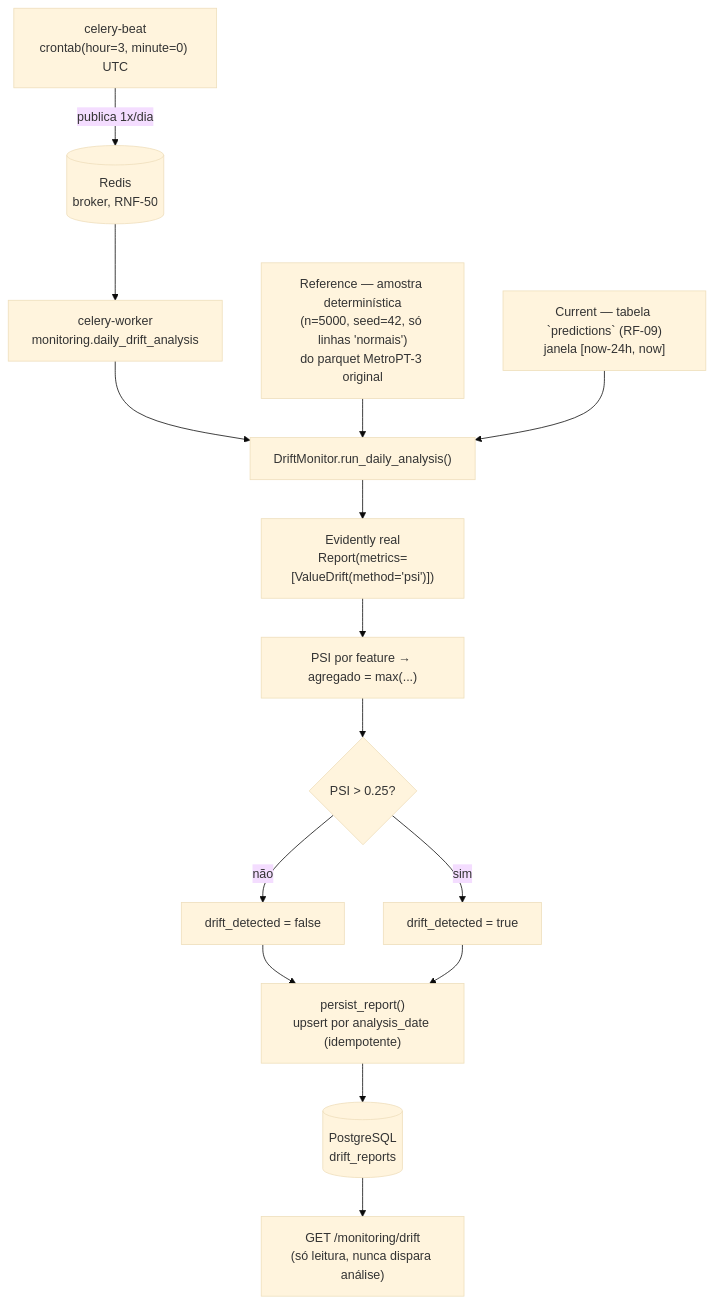
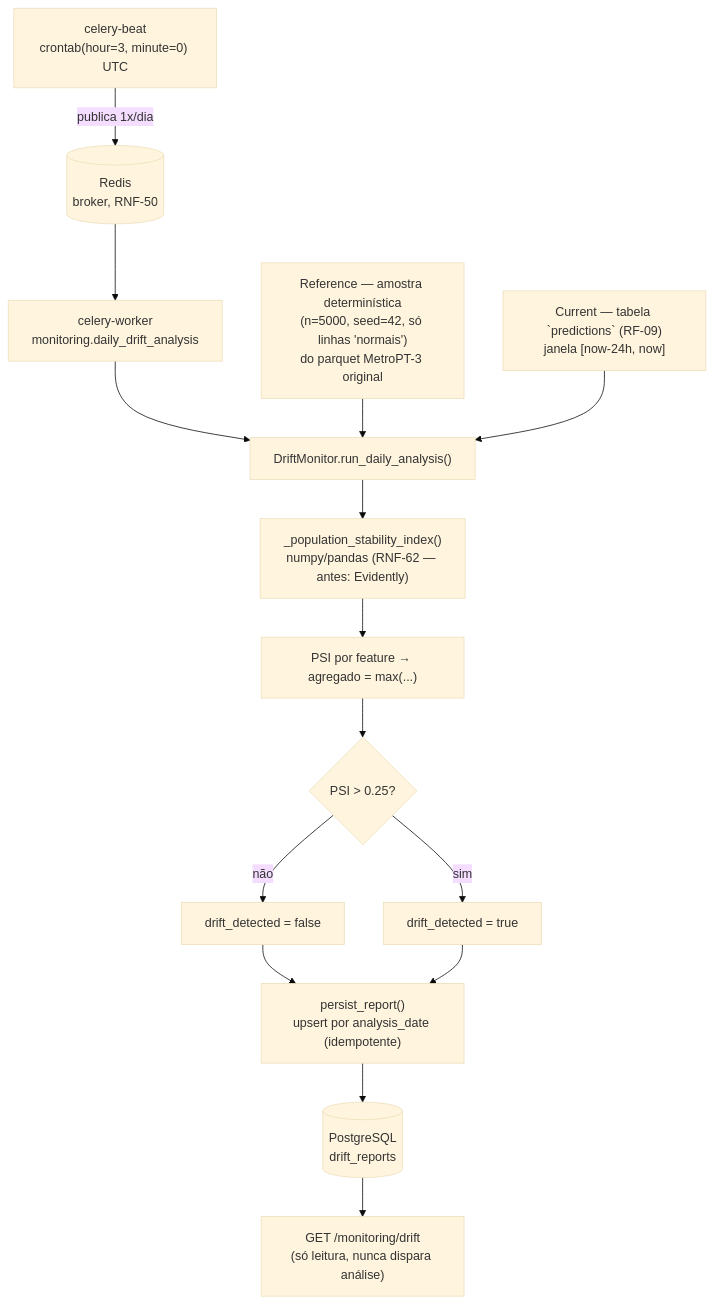
One commit to ronaldosimeone/tcc-project changed diagram 15 of 15 in README.md. Above: the diagram before and after it, drawn with Mermaid (base theme). The commit also changed other lines of this file and 31 other files, not shown here.

````diff
--- a/README.md
+++ b/README.md
@@ -1324,17 +1339,17 @@
 ```mermaid
 flowchart TD
     BEAT["celery-beat<br/>crontab(hour=3, minute=0) UTC"] -->|"publica 1x/dia"| REDIS[("Redis<br/>broker, RNF-50")]
     REDIS --> WORKER["celery-worker<br/>monitoring.daily_drift_analysis"]
     WORKER --> DM["DriftMonitor.run_daily_analysis()"]
     REF["Reference — amostra determinística<br/>(n=5000, seed=42, só linhas 'normais')<br/>do parquet MetroPT-3 original"] --> DM
     CUR["Current — tabela `predictions` (RF-09)<br/>janela [now-24h, now]"] --> DM
-    DM --> EVI["Evidently real<br/>Report(metrics=[ValueDrift(method='psi')])"]
+    DM --> EVI["_population_stability_index()<br/>numpy/pandas (RNF-62 — antes: Evidently)"]
     EVI --> PSI["PSI por feature → agregado = max(...)"]
     PSI --> RULE{"PSI > 0.25?"}
     RULE -->|"não"| OK1["drift_detected = false"]
     RULE -->|"sim"| OK2["drift_detected = true"]
     OK1 --> PERSIST["persist_report()<br/>upsert por analysis_date (idempotente)"]
     OK2 --> PERSIST
     PERSIST --> PG[("PostgreSQL<br/>drift_reports")]
     PG --> EP["GET /monitoring/drift<br/>(só leitura, nunca dispara análise)"]
 ```
````
